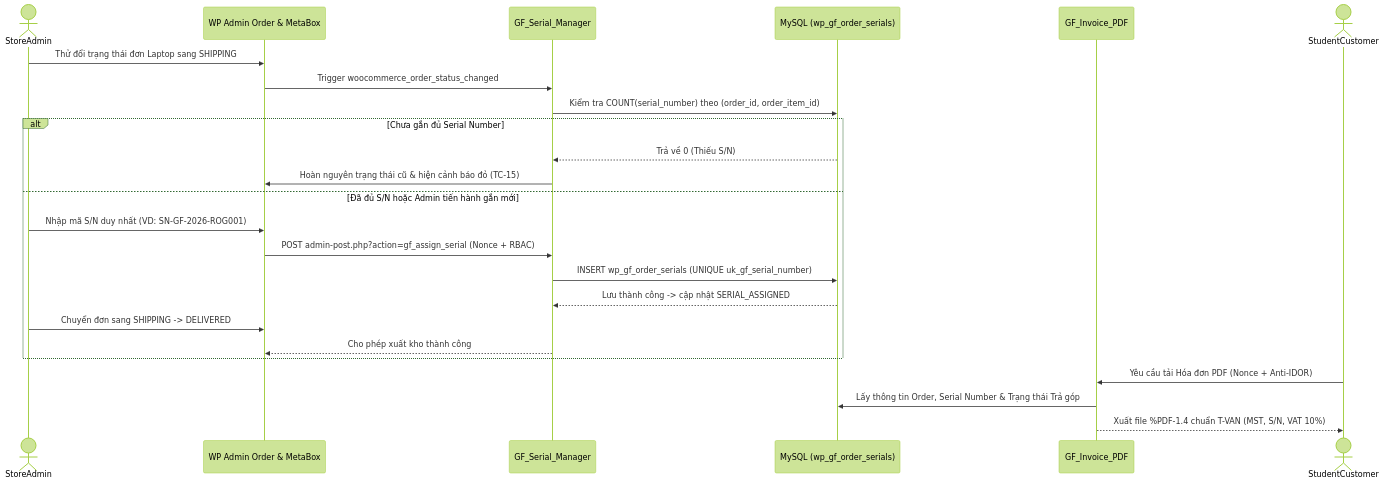
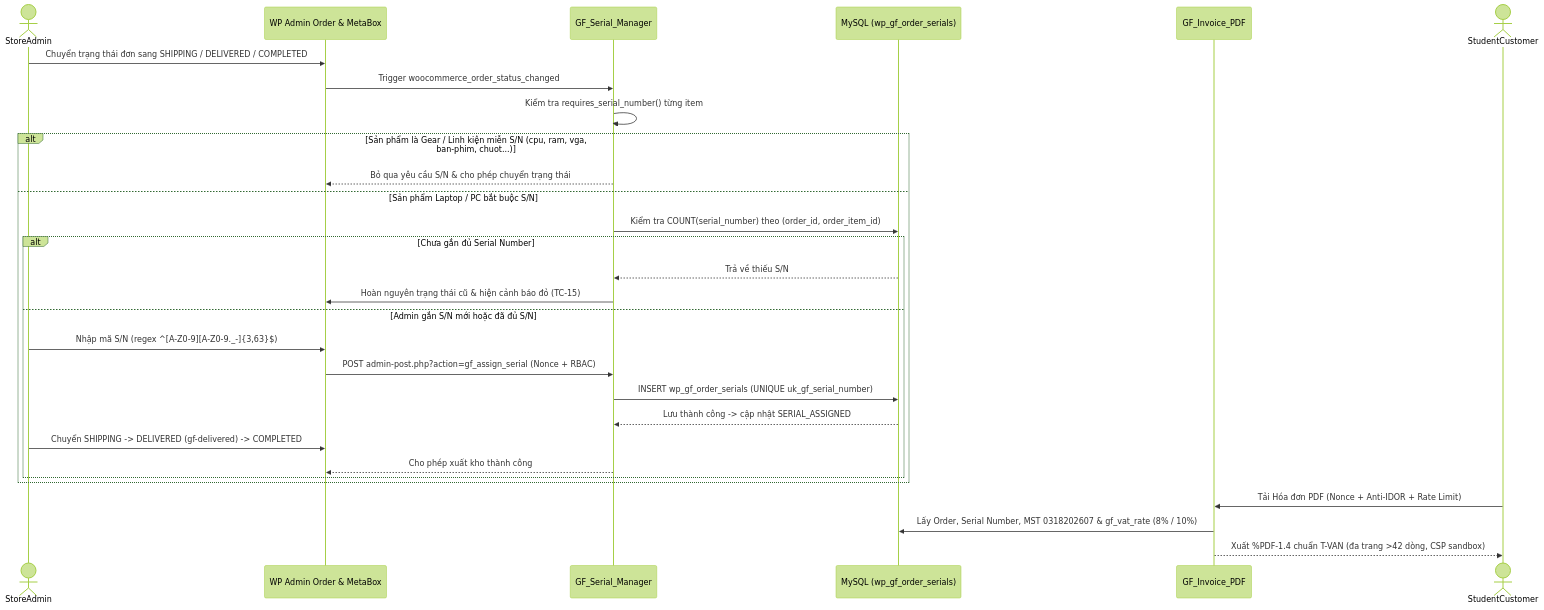
One commit to nguyenthanhtri5h-bot/EC312-GearForge-HeThongTMDT changed the diagram in 2. Quy ước và Sơ đồ UML/role4_diagrams/UC12_Serial_Invoice_Sequence_Role4.mmd. Above: the diagram before and after it, drawn with Mermaid (forest theme). The commit also changed 13 other files, not shown here.

Commit message:
docs(role4): cập nhật đồng bộ 6 sơ đồ UML/ERD theo FIX-14..FIX-16 và xuất lại báo cáo Word

```diff
--- a/2. Quy ước và Sơ đồ UML/role4_diagrams/UC12_Serial_Invoice_Sequence_Role4.mmd
+++ b/2. Quy ước và Sơ đồ UML/role4_diagrams/UC12_Serial_Invoice_Sequence_Role4.mmd
@@ -1,26 +1,31 @@
 sequenceDiagram
     actor Admin as StoreAdmin
     participant UI as WP Admin Order & MetaBox
     participant Hook as GF_Serial_Manager
     participant DB as MySQL (wp_gf_order_serials)
     participant PDF as GF_Invoice_PDF
     actor SV as StudentCustomer
 
-    Admin->>UI: Thử đổi trạng thái đơn Laptop sang SHIPPING
+    Admin->>UI: Chuyển trạng thái đơn sang SHIPPING / DELIVERED / COMPLETED
     UI->>Hook: Trigger woocommerce_order_status_changed
-    Hook->>DB: Kiểm tra COUNT(serial_number) theo (order_id, order_item_id)
-    alt Chưa gắn đủ Serial Number
-        DB-->>Hook: Trả về 0 (Thiếu S/N)
-        Hook->>UI: Hoàn nguyên trạng thái cũ & hiện cảnh báo đỏ (TC-15)
-    else Đã đủ S/N hoặc Admin tiến hành gắn mới
-        Admin->>UI: Nhập mã S/N duy nhất (VD: SN-GF-2026-ROG001)
-        UI->>Hook: POST admin-post.php?action=gf_assign_serial (Nonce + RBAC)
-        Hook->>DB: INSERT wp_gf_order_serials (UNIQUE uk_gf_serial_number)
-        DB-->>Hook: Lưu thành công -> cập nhật SERIAL_ASSIGNED
-        Admin->>UI: Chuyển đơn sang SHIPPING -> DELIVERED
-        Hook-->>UI: Cho phép xuất kho thành công
+    Hook->>Hook: Kiểm tra requires_serial_number() từng item
+    alt Sản phẩm là Gear / Linh kiện miễn S/N (cpu, ram, vga, ban-phim, chuot...)
+        Hook-->>UI: Bỏ qua yêu cầu S/N & cho phép chuyển trạng thái
+    else Sản phẩm Laptop / PC bắt buộc S/N
+        Hook->>DB: Kiểm tra COUNT(serial_number) theo (order_id, order_item_id)
+        alt Chưa gắn đủ Serial Number
+            DB-->>Hook: Trả về thiếu S/N
+            Hook->>UI: Hoàn nguyên trạng thái cũ & hiện cảnh báo đỏ (TC-15)
+        else Admin gắn S/N mới hoặc đã đủ S/N
+            Admin->>UI: Nhập mã S/N (regex ^[A-Z0-9][A-Z0-9._-]{3,63}$)
+            UI->>Hook: POST admin-post.php?action=gf_assign_serial (Nonce + RBAC)
+            Hook->>DB: INSERT wp_gf_order_serials (UNIQUE uk_gf_serial_number)
+            DB-->>Hook: Lưu thành công -> cập nhật SERIAL_ASSIGNED
+            Admin->>UI: Chuyển SHIPPING -> DELIVERED (gf-delivered) -> COMPLETED
+            Hook-->>UI: Cho phép xuất kho thành công
+        end
     end
 
-    SV->>PDF: Yêu cầu tải Hóa đơn PDF (Nonce + Anti-IDOR)
-    PDF->>DB: Lấy thông tin Order, Serial Number & Trạng thái Trả góp
-    PDF-->>SV: Xuất file %PDF-1.4 chuẩn T-VAN (MST, S/N, VAT 10%)
+    SV->>PDF: Tải Hóa đơn PDF (Nonce + Anti-IDOR + Rate Limit)
+    PDF->>DB: Lấy Order, Serial Number, MST 0318202607 & gf_vat_rate (8% / 10%)
+    PDF-->>SV: Xuất %PDF-1.4 chuẩn T-VAN (đa trang >42 dòng, CSP sandbox)
```
